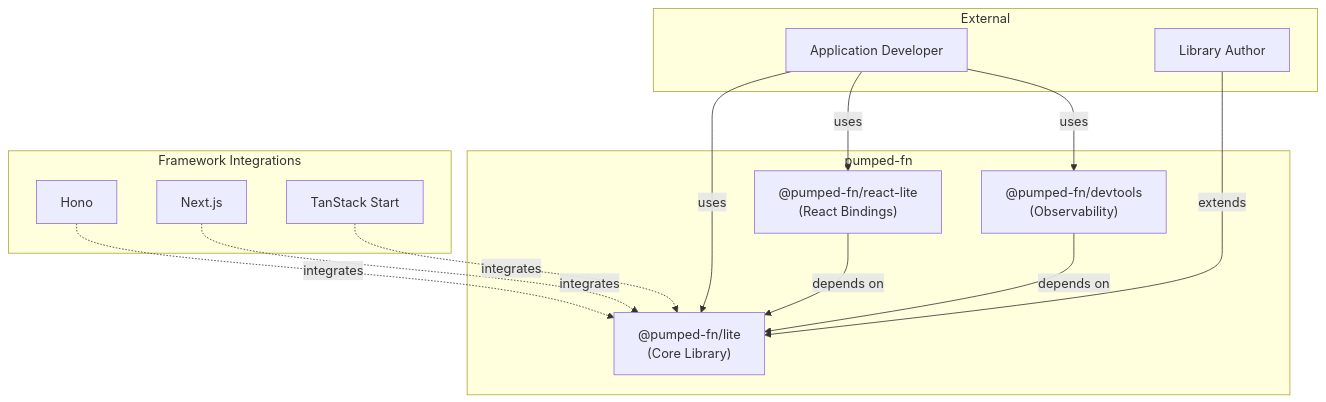
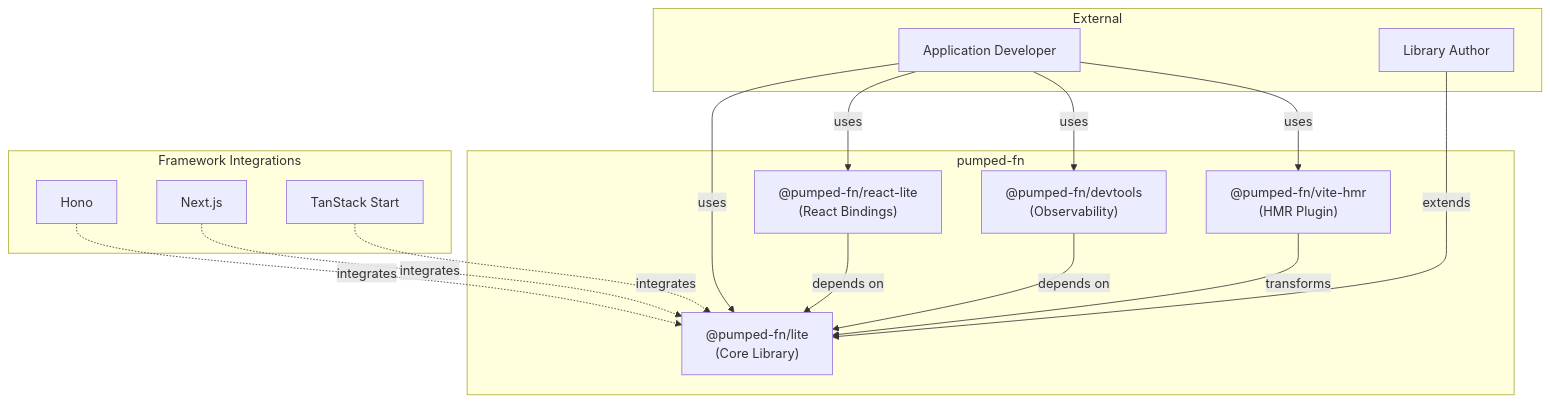
One commit to pumped-fn/pumped-fn changed the diagram in .c3/README.md. Above: the diagram before and after it, drawn with Mermaid. The commit also changed other lines of this file and 5 other files, not shown here.

First line of the commit message:
fix(vite-hmr): address review feedback

````diff
--- a/.c3/README.md
+++ b/.c3/README.md
@@ -27,31 +27,34 @@
 ```mermaid
 graph TB
     subgraph "External"
         AppDev[Application Developer]
         LibAuthor[Library Author]
     end
 
     subgraph "pumped-fn"
         Lite["@pumped-fn/lite<br/>(Core Library)"]
         ReactLite["@pumped-fn/react-lite<br/>(React Bindings)"]
         Devtools["@pumped-fn/devtools<br/>(Observability)"]
+        ViteHMR["@pumped-fn/vite-hmr<br/>(HMR Plugin)"]
     end
 
     subgraph "Framework Integrations"
         Hono[Hono]
         NextJS[Next.js]
         TanStack[TanStack Start]
     end
 
     AppDev -->|uses| Lite
     AppDev -->|uses| ReactLite
     AppDev -->|uses| Devtools
     LibAuthor -->|extends| Lite
 
     ReactLite -->|depends on| Lite
     Devtools -->|depends on| Lite
+    ViteHMR -->|transforms| Lite
 
+    AppDev -->|uses| ViteHMR
     Hono -.->|integrates| Lite
     NextJS -.->|integrates| Lite
     TanStack -.->|integrates| Lite
 ```
````
